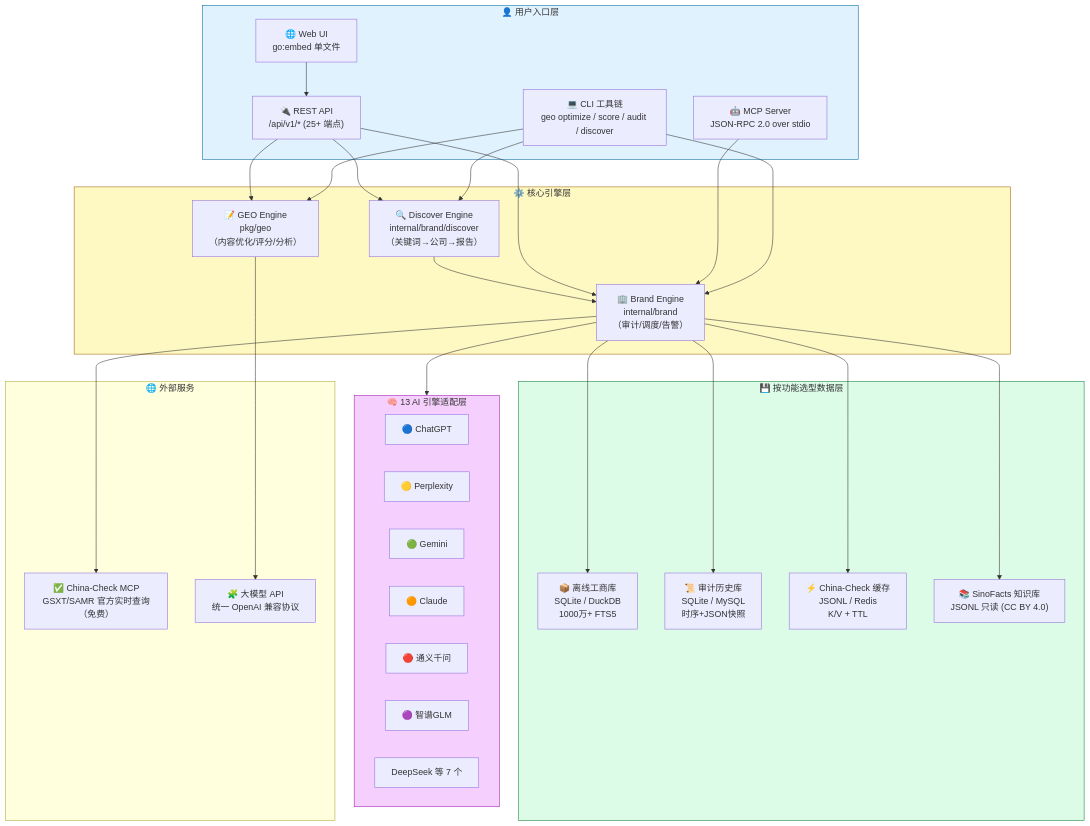
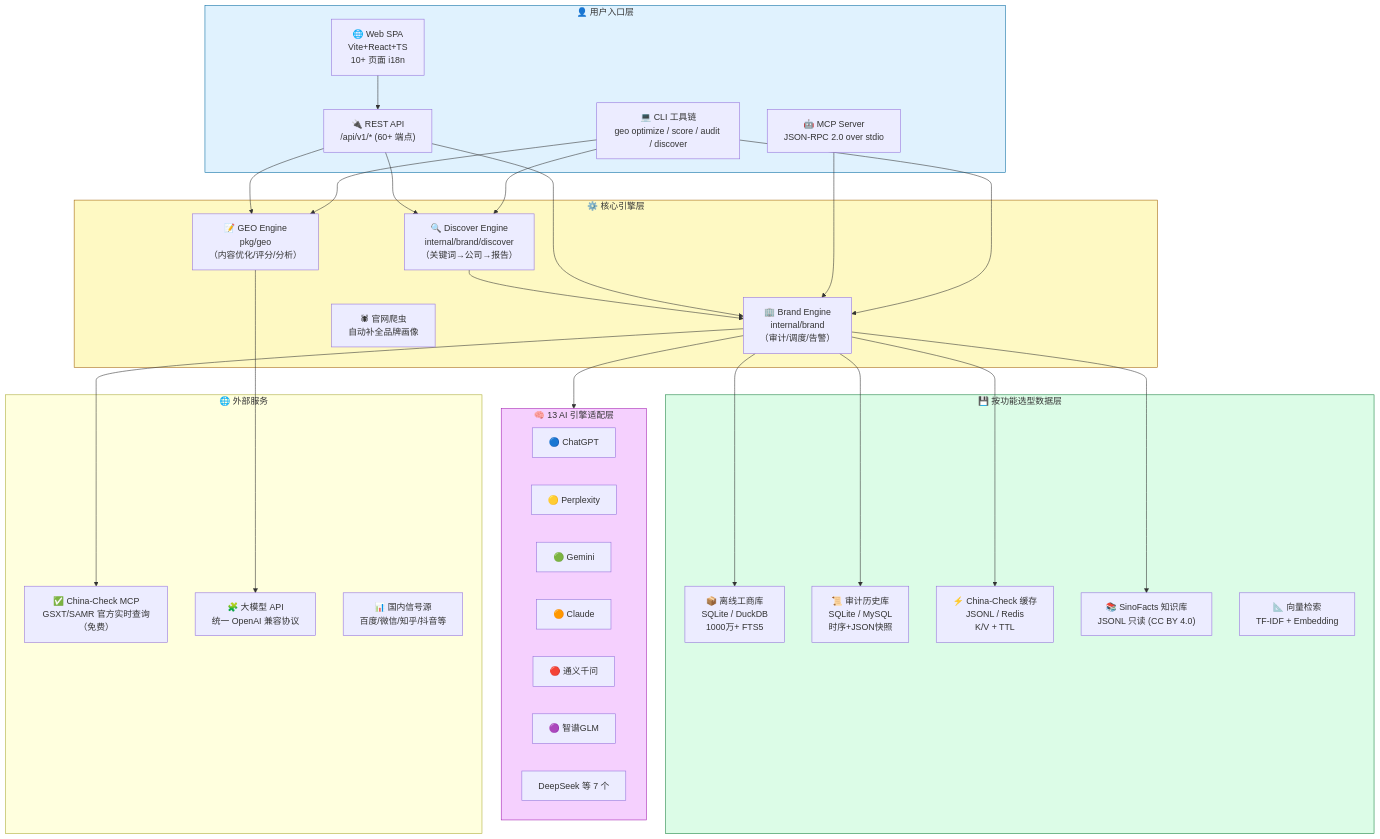
Before and after one commit to deep2code/geo: the second of 31 diagrams in docs/architecture.md, drawn with Mermaid. The commit also changed other lines of this file and 29 other files, not shown here.

````diff
--- a/docs/architecture.md
+++ b/docs/architecture.md
@@ -53,53 +53,56 @@
 ```mermaid
 graph TB
     subgraph 用户入口["👤 用户入口层"]
         CLI["💻 CLI 工具链<br/>geo optimize / score / audit / discover"]
-        WEB["🌐 Web UI<br/>go:embed 单文件"]
-        API["🔌 REST API<br/>/api/v1/* (25+ 端点)"]
+        WEB["🌐 Web SPA<br/>Vite+React+TS<br/>10+ 页面 i18n"]
+        API["🔌 REST API<br/>/api/v1/* (60+ 端点)"]
         MCP["🤖 MCP Server<br/>JSON-RPC 2.0 over stdio"]
     end
 
     subgraph 核心引擎["⚙️ 核心引擎层"]
         GEO["📝 GEO Engine<br/>pkg/geo<br/>（内容优化/评分/分析）"]
         BRAND["🏢 Brand Engine<br/>internal/brand<br/>（审计/调度/告警）"]
         DISCOVER["🔍 Discover Engine<br/>internal/brand/discover<br/>（关键词→公司→报告）"]
+        CRAW["🕷 官网爬虫<br/>自动补全品牌画像"]
     end
 
     subgraph AI引擎适配["🧠 13 AI 引擎适配层"]
         GPT["🔵 ChatGPT"]
         PPX["🟡 Perplexity"]
         GEM["🟢 Gemini"]
         CLD["🟠 Claude"]
         QWN["🔴 通义千问"]
         GLM["🟣 智谱GLM"]
         DSP["DeepSeek 等 7 个"]
     end
 
     subgraph 数据存储["💾 按功能选型数据层"]
         OFFDB["📦 离线工商库<br/>SQLite / DuckDB<br/>1000万+ FTS5"]
         HISDB["📜 审计历史库<br/>SQLite / MySQL<br/>时序+JSON快照"]
         CACHE["⚡ China-Check 缓存<br/>JSONL / Redis<br/>K/V + TTL"]
         KB["📚 SinoFacts 知识库<br/>JSONL 只读 (CC BY 4.0)"]
+        VEC["📐 向量检索<br/>TF-IDF + Embedding"]
     end
 
     subgraph 外部服务["🌐 外部服务"]
         CC["✅ China-Check MCP<br/>GSXT/SAMR 官方实时查询（免费）"]
         LLM["🧩 大模型 API<br/>统一 OpenAI 兼容协议"]
+        DOM["📊 国内信号源<br/>百度/微信/知乎/抖音等"]
     end
 
     CLI --> GEO & BRAND & DISCOVER
     WEB --> API
     MCP --> BRAND
     API --> GEO & BRAND & DISCOVER
 
     GEO --> LLM
     DISCOVER --> BRAND
     BRAND --> AI引擎适配
     BRAND --> OFFDB & HISDB & CACHE & KB
     BRAND --> CC
 
     style 用户入口 fill:#e0f2fe,stroke:#0369a1
     style 核心引擎 fill:#fef9c3,stroke:#a16207
     style 数据存储 fill:#dcfce7,stroke:#15803d
     style AI引擎适配 fill:#f5d0fe,stroke:#a21caf
 ```
````
